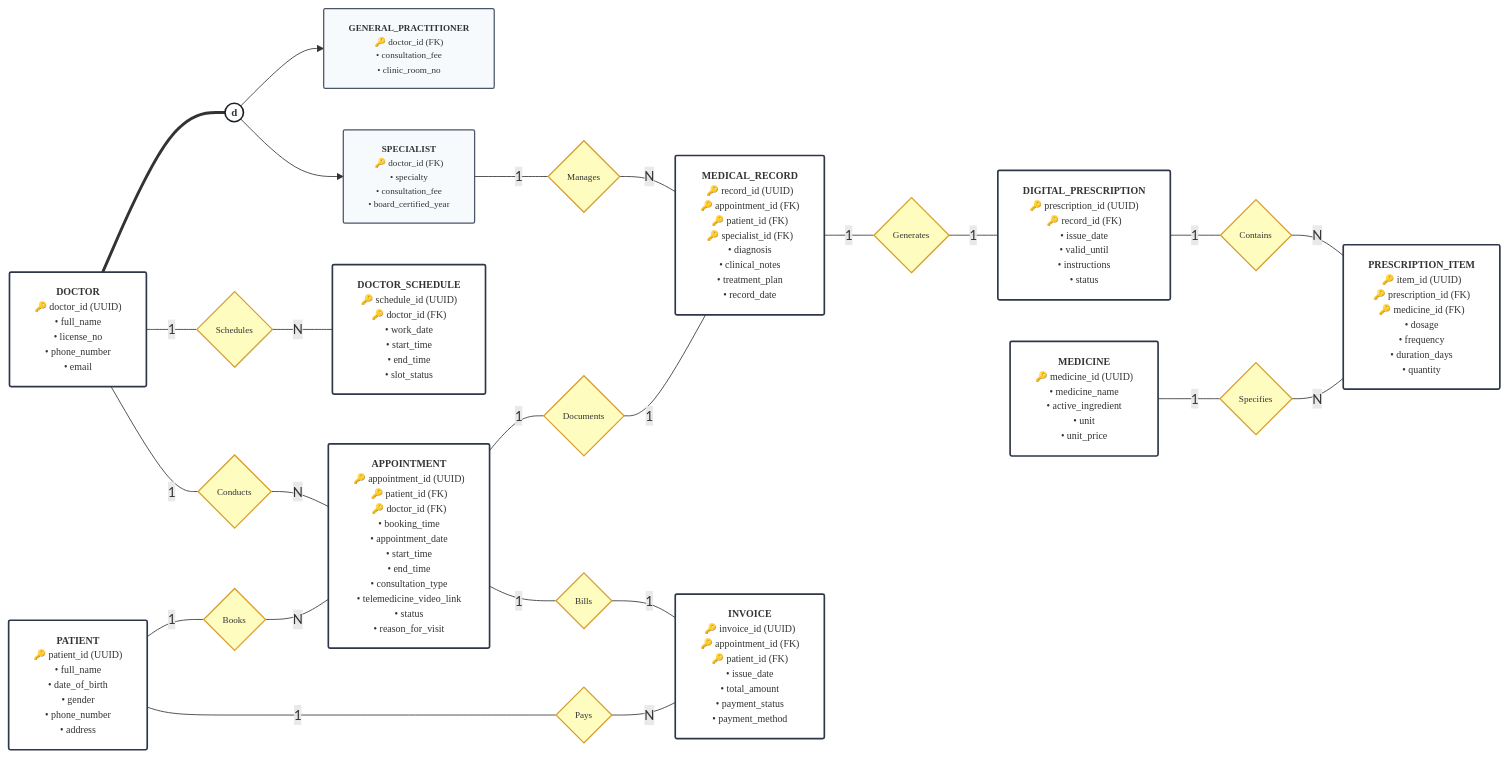
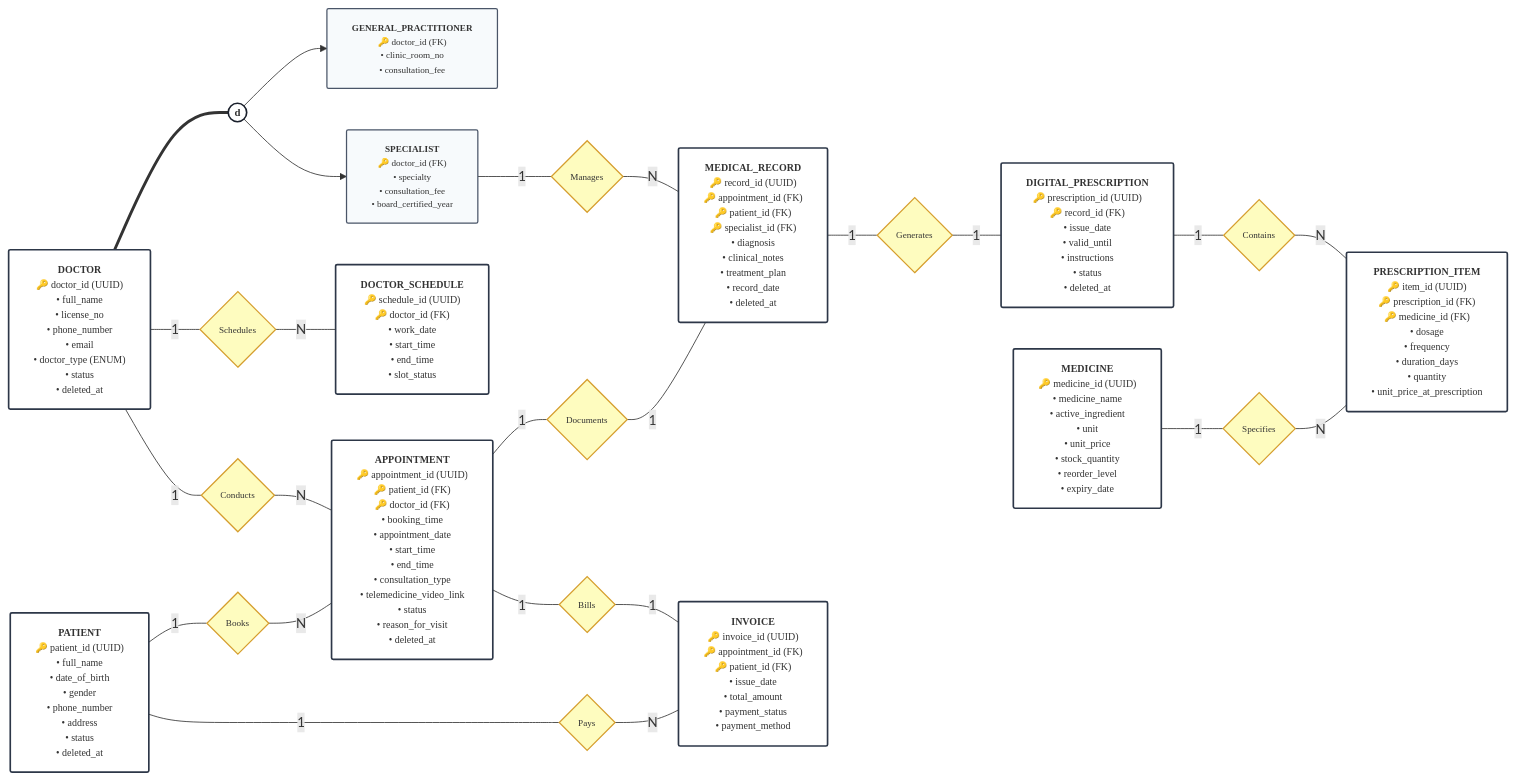
The diagram in phase 1/eer/EER_Diagram_EN.md (ndtuanminh-o/healthcare-clinic-telemedicine-portal), drawn with Mermaid before and after one commit. The commit also changed other lines of this file and 3 other files, not shown here.

Commit message:
docs: synchronize EER diagram and phase 2 schema with phase 3 DDL

````diff
--- a/phase 1/eer/EER_Diagram_EN.md
+++ b/phase 1/eer/EER_Diagram_EN.md
@@ -9,81 +9,81 @@
 ```mermaid
 flowchart LR
     %% Styles
     classDef entity fill:#ffffff,stroke:#2d3748,stroke-width:2px,rx:2,ry:2,font-family:Times New Roman,font-size:12px;
     classDef subclass fill:#f7fafc,stroke:#4a5568,stroke-width:1.5px,rx:2,ry:2,font-family:Times New Roman,font-size:11px;
     classDef rel fill:#fefcbf,stroke:#d69e2e,stroke-width:1.5px,font-family:Times New Roman,font-size:11px;
     classDef circle fill:#ffffff,stroke:#1a202c,stroke-width:2px,font-family:Times New Roman,font-weight:bold,font-size:13px;
 
     %% 1. Entities & Subclasses
-    DOCTOR["<b>DOCTOR</b><br/>🔑 doctor_id (UUID)<br/>• full_name<br/>• license_no<br/>• phone_number<br/>• email"]:::entity
+    DOCTOR["<b>DOCTOR</b><br/>🔑 doctor_id (UUID)<br/>• full_name<br/>• license_no<br/>• phone_number<br/>• email<br/>• doctor_type (ENUM)<br/>• status<br/>• deleted_at"]:::entity
     
     spec_d(("d")):::circle
 
-    GP["<b>GENERAL_PRACTITIONER</b><br/>🔑 doctor_id (FK)<br/>• consultation_fee<br/>• clinic_room_no"]:::subclass
+    GP["<b>GENERAL_PRACTITIONER</b><br/>🔑 doctor_id (FK)<br/>• clinic_room_no<br/>• consultation_fee"]:::subclass
 
     SPEC["<b>SPECIALIST</b><br/>🔑 doctor_id (FK)<br/>• specialty<br/>• consultation_fee<br/>• board_certified_year"]:::subclass
 
     DOC_SCHED["<b>DOCTOR_SCHEDULE</b><br/>🔑 schedule_id (UUID)<br/>🔑 doctor_id (FK)<br/>• work_date<br/>• start_time<br/>• end_time<br/>• slot_status"]:::entity
 
-    PATIENT["<b>PATIENT</b><br/>🔑 patient_id (UUID)<br/>• full_name<br/>• date_of_birth<br/>• gender<br/>• phone_number<br/>• address"]:::entity
+    PATIENT["<b>PATIENT</b><br/>🔑 patient_id (UUID)<br/>• full_name<br/>• date_of_birth<br/>• gender<br/>• phone_number<br/>• address<br/>• status<br/>• deleted_at"]:::entity
 
-    APPT["<b>APPOINTMENT</b><br/>🔑 appointment_id (UUID)<br/>🔑 patient_id (FK)<br/>🔑 doctor_id (FK)<br/>• booking_time<br/>• appointment_date<br/>• start_time<br/>• end_time<br/>• consultation_type<br/>• telemedicine_video_link<br/>• status<br/>• reason_for_visit"]:::entity
+    APPT["<b>APPOINTMENT</b><br/>🔑 appointment_id (UUID)<br/>🔑 patient_id (FK)<br/>🔑 doctor_id (FK)<br/>• booking_time<br/>• appointment_date<br/>• start_time<br/>• end_time<br/>• consultation_type<br/>• telemedicine_video_link<br/>• status<br/>• reason_for_visit<br/>• deleted_at"]:::entity
 
-    MED_REC["<b>MEDICAL_RECORD</b><br/>🔑 record_id (UUID)<br/>🔑 appointment_id (FK)<br/>🔑 patient_id (FK)<br/>🔑 specialist_id (FK)<br/>• diagnosis<br/>• clinical_notes<br/>• treatment_plan<br/>• record_date"]:::entity
+    MED_REC["<b>MEDICAL_RECORD</b><br/>🔑 record_id (UUID)<br/>🔑 appointment_id (FK)<br/>🔑 patient_id (FK)<br/>🔑 specialist_id (FK)<br/>• diagnosis<br/>• clinical_notes<br/>• treatment_plan<br/>• record_date<br/>• deleted_at"]:::entity
 
-    PRESCRIPTION["<b>DIGITAL_PRESCRIPTION</b><br/>🔑 prescription_id (UUID)<br/>🔑 record_id (FK)<br/>• issue_date<br/>• valid_until<br/>• instructions<br/>• status"]:::entity
+    PRESCRIPTION["<b>DIGITAL_PRESCRIPTION</b><br/>🔑 prescription_id (UUID)<br/>🔑 record_id (FK)<br/>• issue_date<br/>• valid_until<br/>• instructions<br/>• status<br/>• deleted_at"]:::entity
 
-    PRES_ITEM["<b>PRESCRIPTION_ITEM</b><br/>🔑 item_id (UUID)<br/>🔑 prescription_id (FK)<br/>🔑 medicine_id (FK)<br/>• dosage<br/>• frequency<br/>• duration_days<br/>• quantity"]:::entity
+    PRES_ITEM["<b>PRESCRIPTION_ITEM</b><br/>🔑 item_id (UUID)<br/>🔑 prescription_id (FK)<br/>🔑 medicine_id (FK)<br/>• dosage<br/>• frequency<br/>• duration_days<br/>• quantity<br/>• unit_price_at_prescription"]:::entity
 
-    MEDICINE["<b>MEDICINE</b><br/>🔑 medicine_id (UUID)<br/>• medicine_name<br/>• active_ingredient<br/>• unit<br/>• unit_price"]:::entity
+    MEDICINE["<b>MEDICINE</b><br/>🔑 medicine_id (UUID)<br/>• medicine_name<br/>• active_ingredient<br/>• unit<br/>• unit_price<br/>• stock_quantity<br/>• reorder_level<br/>• expiry_date"]:::entity
 
     INVOICE["<b>INVOICE</b><br/>🔑 invoice_id (UUID)<br/>🔑 appointment_id (FK)<br/>🔑 patient_id (FK)<br/>• issue_date<br/>• total_amount<br/>• payment_status<br/>• payment_method"]:::entity
 
     %% 2. Relationship Diamonds (10 Formal Relationships)
     rel_sched{"Schedules"}:::rel
     rel_cond{"Conducts"}:::rel
     rel_books{"Books"}:::rel
     rel_doc{"Documents"}:::rel
     rel_spec_man{"Manages"}:::rel
     rel_gen{"Generates"}:::rel
     rel_cont{"Contains"}:::rel
     rel_spec_med{"Specifies"}:::rel
     rel_bills{"Bills"}:::rel
     rel_pays{"Pays"}:::rel
 
     %% 3. Specialization Connections
     DOCTOR === spec_d
     spec_d --> GP
     spec_d --> SPEC
 
     %% 4. Structural Relationship Connections
     DOCTOR ---|1| rel_sched
     rel_sched ---|N| DOC_SCHED
 
     DOCTOR ---|1| rel_cond
     rel_cond ---|N| APPT
 
     PATIENT ---|1| rel_books
     rel_books ---|N| APPT
 
     APPT ---|1| rel_doc
     rel_doc ---|1| MED_REC
 
     SPEC ---|1| rel_spec_man
     rel_spec_man ---|N| MED_REC
 
     MED_REC ---|1| rel_gen
     rel_gen ---|1| PRESCRIPTION
 
     PRESCRIPTION ---|1| rel_cont
     rel_cont ---|N| PRES_ITEM
 
     MEDICINE ---|1| rel_spec_med
     rel_spec_med ---|N| PRES_ITEM
 
     APPT ---|1| rel_bills
     rel_bills ---|1| INVOICE
 
     PATIENT ---|1| rel_pays
     rel_pays ---|N| INVOICE
 ```
````
